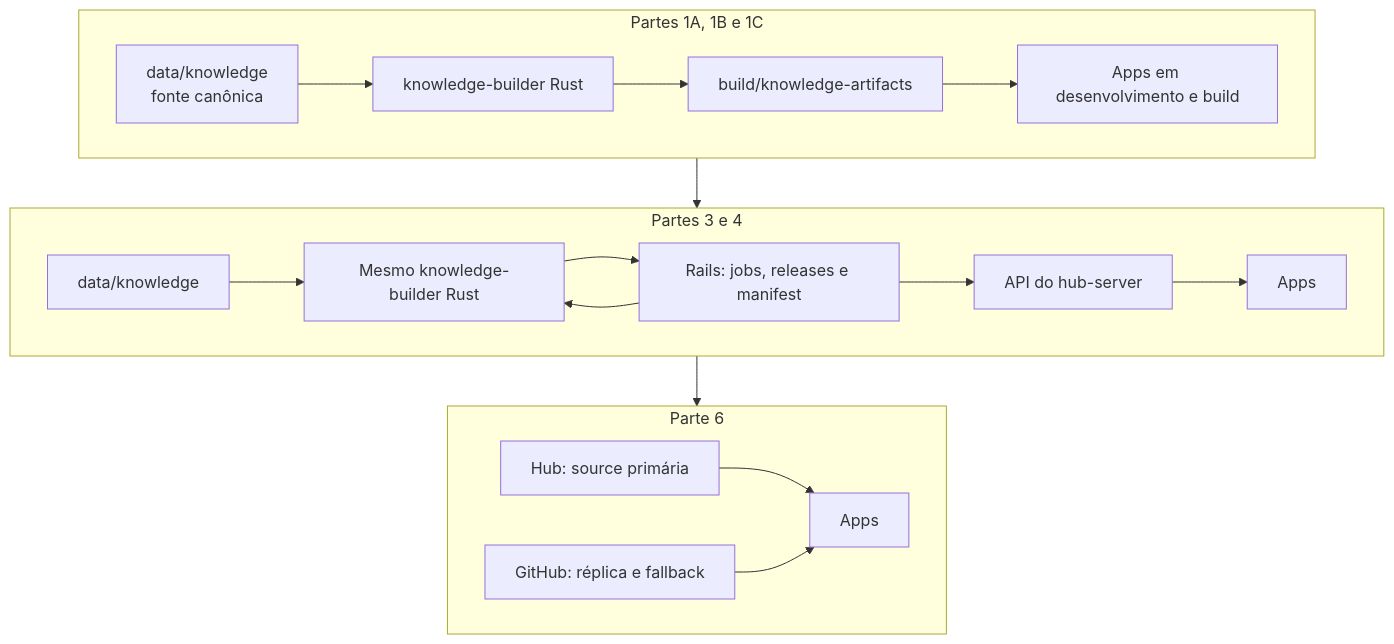
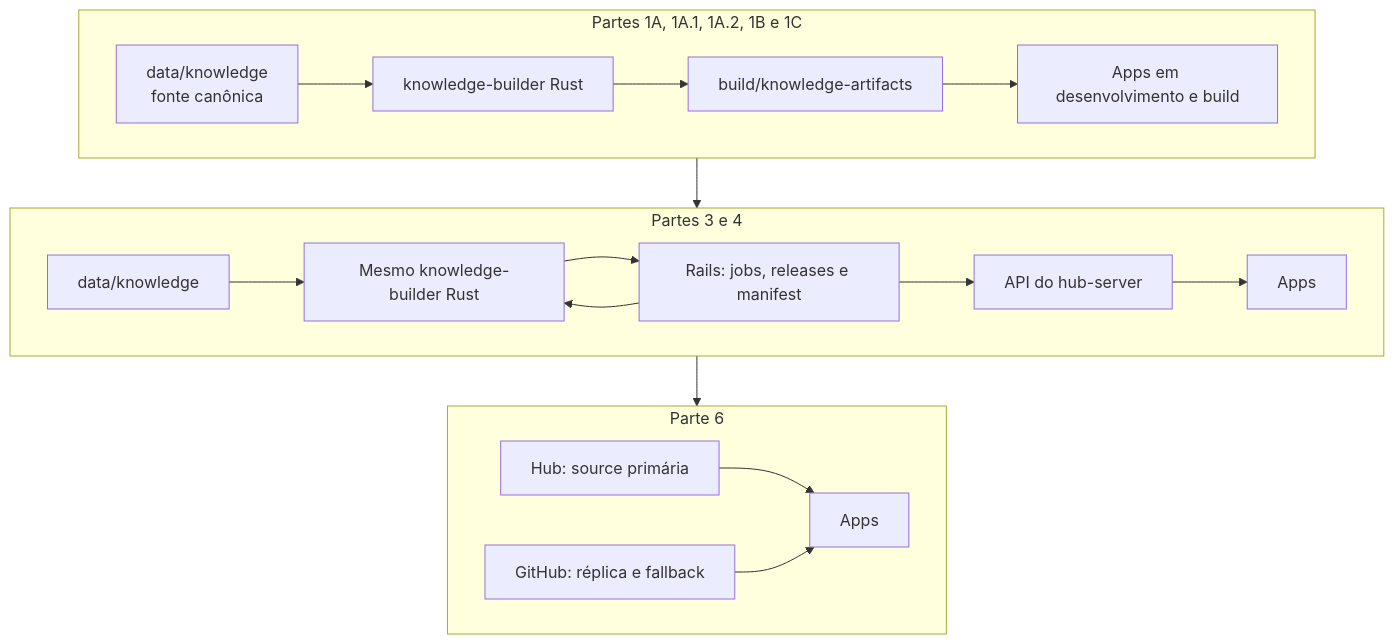
Before and after one commit to migmoroni/veterinary-clinic: the second of 3 diagrams in docs/plans/hub-server/README.md, drawn with Mermaid. The commit also changed other lines of this file and 714 other files, not shown here.

````diff
--- a/docs/plans/hub-server/README.md
+++ b/docs/plans/hub-server/README.md
@@ -47,23 +52,23 @@
 ```mermaid
 flowchart TB
-    subgraph S1["Partes 1A, 1B e 1C"]
+    subgraph S1["Partes 1A, 1A.1, 1A.2, 1B e 1C"]
         D1["data/knowledge<br/>fonte canônica"] --> G1["knowledge-builder Rust"]
         G1 --> B1["build/knowledge-artifacts"]
         B1 --> A1["Apps em desenvolvimento e build"]
     end
 
     subgraph S2["Partes 3 e 4"]
         D2["data/knowledge"] --> G2["Mesmo knowledge-builder Rust"]
         R2["Rails: jobs, releases e manifest"] --> G2
         G2 --> R2
         R2 --> H2["API do hub-server"]
         H2 --> A2["Apps"]
     end
 
     subgraph S3["Parte 6"]
         H3["Hub: source primária"] --> A3["Apps"]
         GH3["GitHub: réplica e fallback"] --> A3
     end
 
     S1 --> S2 --> S3
 ```
````
